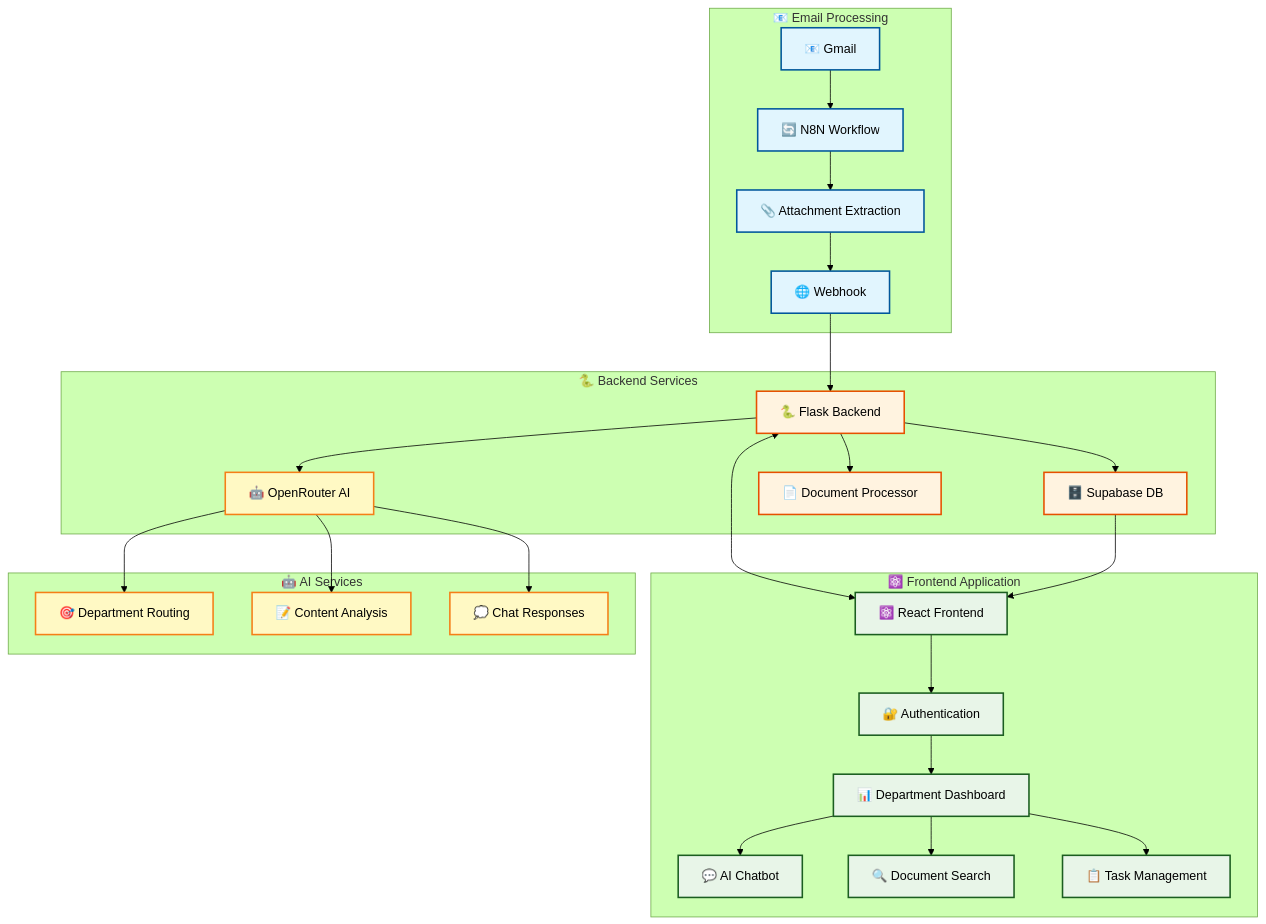
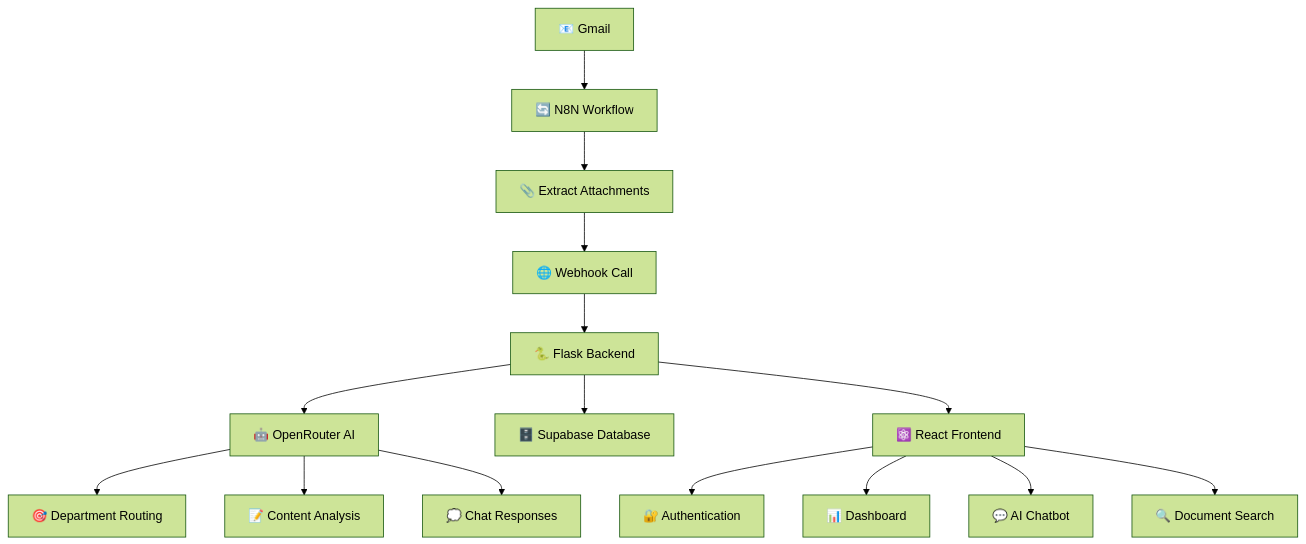
The first of 4 diagrams in README.md (shaniya-v/Doc.X-Intelligent), drawn with Mermaid (forest theme) before and after one commit. The commit also changed other lines of this file, not shown here.

Commit message:
Simplify: Create GitHub-compatible Mermaid diagrams
- Replaced complex subgraph diagram with simple graph TD
- Added sequence diagram for data flow visualization
- Added ASCII art backup diagram for maximum compatibility
- Removed all complex styling that causes GitHub rendering issues
- All diagrams now use basic Mermaid syntax guaranteed to work

````diff
--- a/README.md
+++ b/README.md
@@ -61,42 +61,18 @@
 ```mermaid
-graph TB
-    subgraph Email["📧 Email Processing"]
-        A[📧 Gmail] --> B[🔄 N8N Workflow]
-        B --> C[📎 Attachment Extraction]
-        C --> D[🌐 Webhook]
-    end
+graph TD
+    A[📧 Gmail] --> B[🔄 N8N Workflow]
+    B --> C[📎 Extract Attachments]
+    C --> D[🌐 Webhook Call]
+    D --> E[🐍 Flask Backend]
+    E --> F[🤖 OpenRouter AI]
+    E --> G[🗄️ Supabase Database]
+    E --> H[⚛️ React Frontend]
+    H --> I[🔐 Authentication]
+    H --> J[📊 Dashboard]
+    H --> K[💬 AI Chatbot]
+    H --> L[🔍 Document Search]
     
-    subgraph Backend["🐍 Backend Services"]
-        D --> E[🐍 Flask Backend]
-        E --> F[🤖 OpenRouter AI]
-        E --> G[🗄️ Supabase DB]
-        E --> H[📄 Document Processor]
-    end
-    
-    subgraph Frontend["⚛️ Frontend Application"]
-        I[⚛️ React Frontend] --> J[🔐 Authentication]
-        J --> K[📊 Department Dashboard]
-        K --> L[💬 AI Chatbot]
-        K --> M[🔍 Document Search]
-        K --> N[📋 Task Management]
-    end
-    
-    subgraph AI["🤖 AI Services"]
-        F --> O[🎯 Department Routing]
-        F --> P[📝 Content Analysis]
-        F --> Q[💭 Chat Responses]
-    end
-    
-    E <--> I
-    G --> I
-    
-    classDef emailStyle fill:#e1f5fe,stroke:#01579b,stroke-width:2px
-    classDef backendStyle fill:#fff3e0,stroke:#e65100,stroke-width:2px
-    classDef frontendStyle fill:#e8f5e8,stroke:#1b5e20,stroke-width:2px
-    classDef aiStyle fill:#fff9c4,stroke:#f57f17,stroke-width:2px
-    
-    class A,B,C,D emailStyle
-    class E,G,H backendStyle
-    class I,J,K,L,M,N frontendStyle
-    class F,O,P,Q aiStyle
+    F --> M[🎯 Department Routing]
+    F --> N[📝 Content Analysis]
+    F --> O[💭 Chat Responses]
 ```
````
